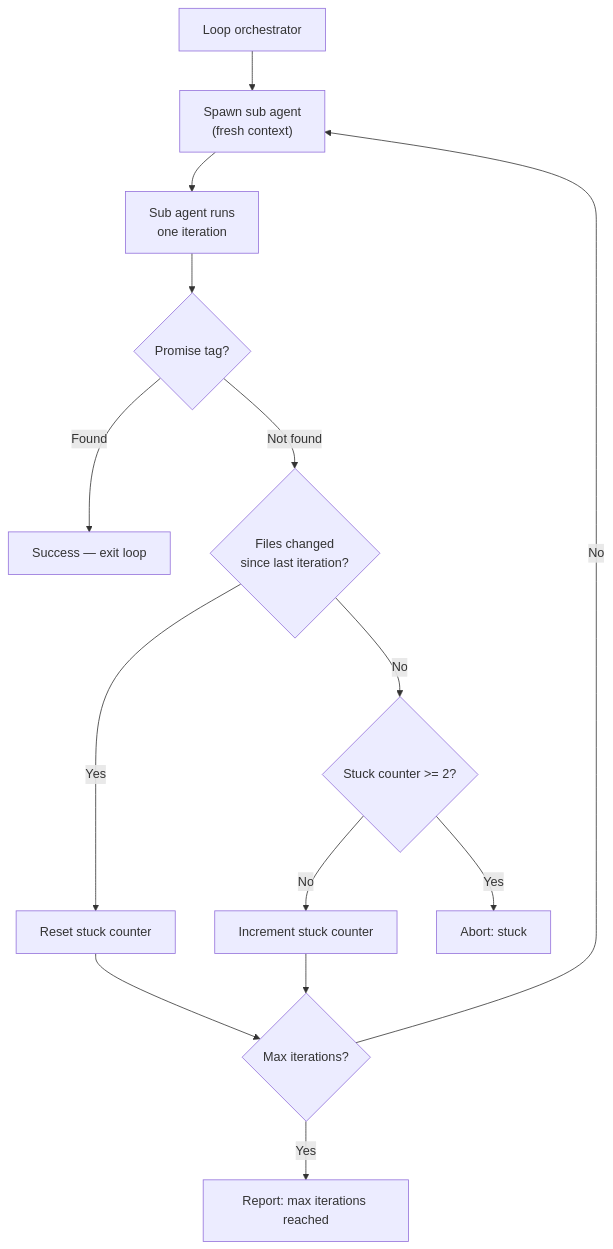
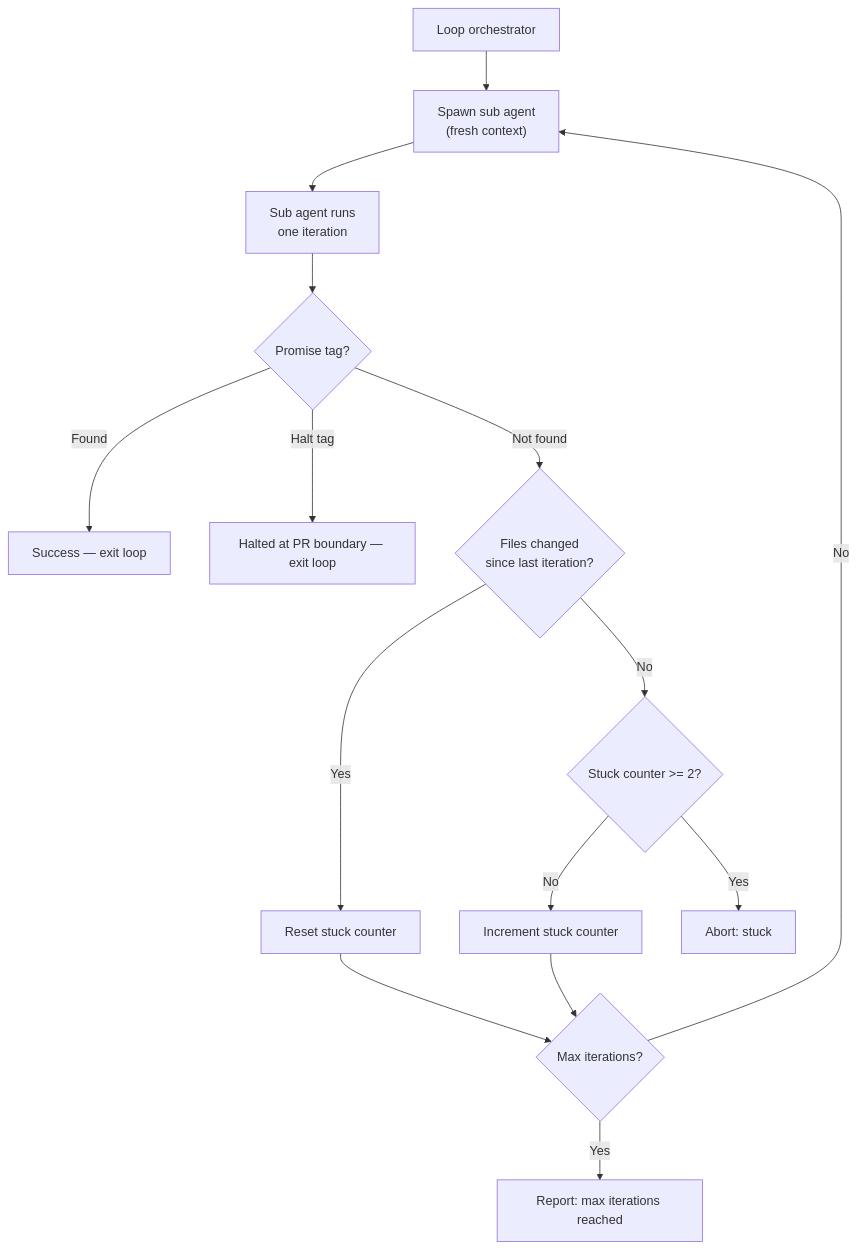
The second of 2 diagrams in README.md (jnhuynh/spec-kit-simpsons-loops), drawn with Mermaid before and after one commit. The commit also changed other lines of this file and 12 other files, not shown here.

````diff
--- a/README.md
+++ b/README.md
@@ -224,16 +233,17 @@
 ```mermaid
 flowchart TD
     A["Loop orchestrator"] --> B["Spawn sub agent<br/>(fresh context)"]
     B --> C["Sub agent runs<br/>one iteration"]
     C --> D{Promise tag?}
     D -->|"Found"| E["Success — exit loop"]
+    D -->|"Halt tag"| E2["Halted at PR boundary — exit loop"]
     D -->|"Not found"| F{Files changed<br/>since last iteration?}
     F -->|"Yes"| G["Reset stuck counter"]
     F -->|"No"| H{Stuck counter >= 2?}
     H -->|"No"| I["Increment stuck counter"]
     H -->|"Yes"| J["Abort: stuck"]
     G --> K{Max iterations?}
     I --> K
     K -->|"No"| B
     K -->|"Yes"| L["Report: max iterations reached"]
 ```
````
